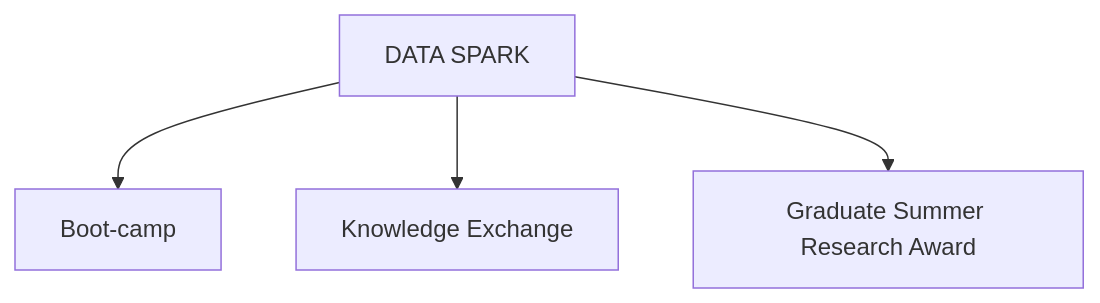
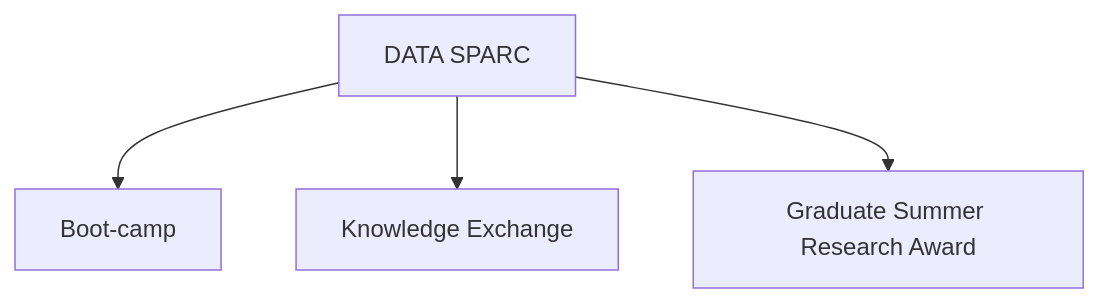
The diagram in DATA_SPARK.qmd (caids-datalab/caids-datalab.github.io), drawn with Mermaid before and after one commit. The commit also changed other lines of this file, not shown here.

Commit message:
SPARK > SPARC

````diff
--- a/DATA_SPARK.qmd
+++ b/DATA_SPARK.qmd
@@ -30,11 +30,11 @@
 ```{mermaid}
 flowchart TB
     A[Boot-camp]
     B[Knowledge Exchange]
     C[Graduate Summer Research Award]
 
-    D[DATA SPARK]
+    D[DATA SPARC]
     D --> A
     D --> B
     D --> C
 ```
````
